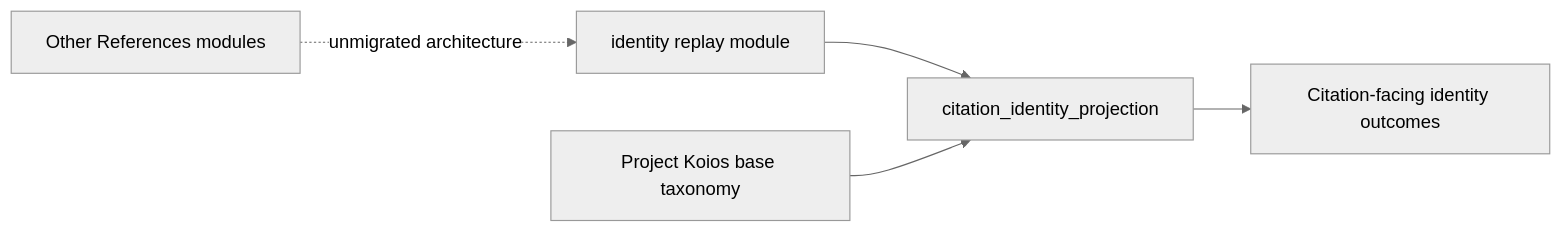
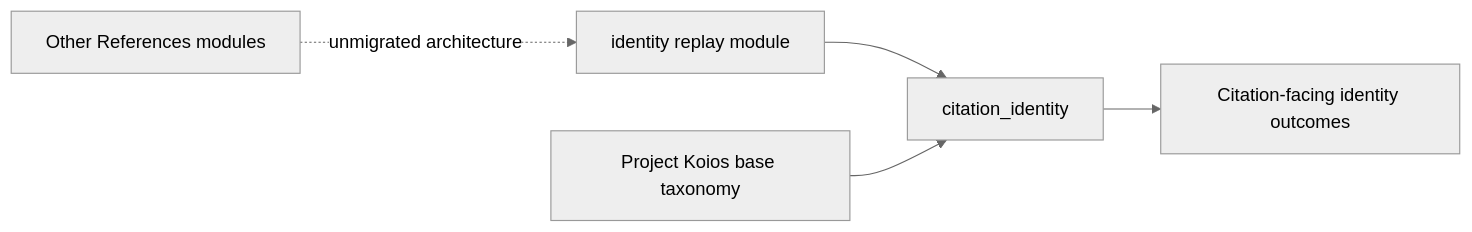
The diagram in docs/architecture/projectkoios/references/schematic.md (eragasa/projectkoios-references), drawn with Mermaid (neutral theme) before and after one commit. The commit also changed other lines of this file and 13 other files, not shown here.

Commit message:
Rename citation identity projection module

````diff
--- a/docs/architecture/projectkoios/references/schematic.md
+++ b/docs/architecture/projectkoios/references/schematic.md
@@ -6,7 +6,7 @@
 ```mermaid
 flowchart LR
-    I[identity replay module] --> P[citation_identity_projection]
+    I[identity replay module] --> P[citation_identity]
     P --> O[Citation-facing identity outcomes]
     B[Project Koios base taxonomy] --> P
     U[Other References modules] -. unmigrated architecture .-> I
 ```
````
